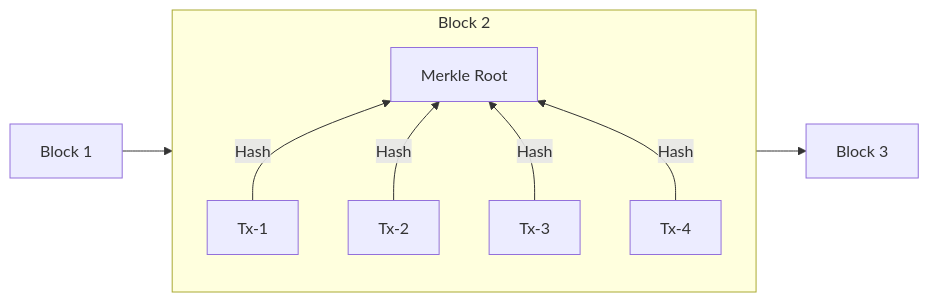
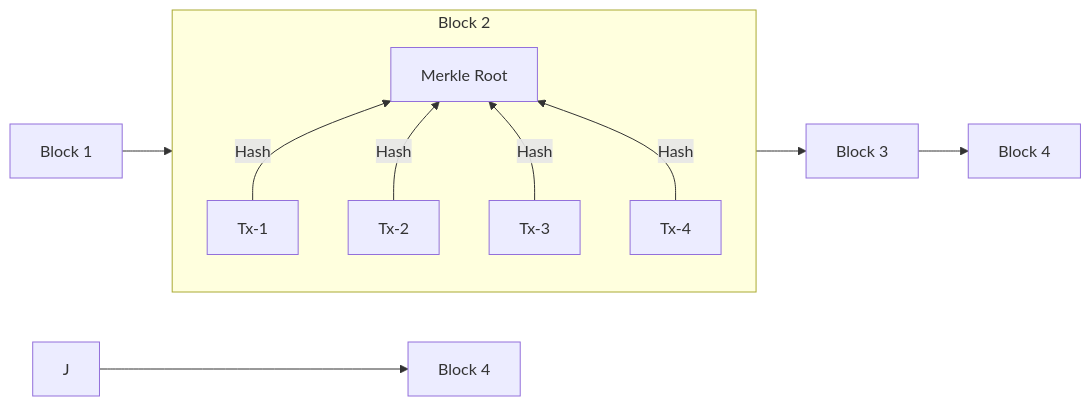
One commit to abhi3700/cracking_codes_with_rust changed the first of 5 diagrams in src/merkle.md. Above: the diagram before and after it, drawn with Mermaid. The commit also changed other lines of this file, not shown here.

````diff
--- a/src/merkle.md
+++ b/src/merkle.md
@@ -7,13 +7,15 @@
 ```mermaid
 flowchart LR
     A[Block 1] --> B[Block 2]
     B --> C[Block 3]
+    C --> I[Block 4]
+    J --> K[Block 4]
 
     subgraph B[Block 2]
         direction BT
         D[Tx-1] -->|Hash| E[Merkle Root]
         F[Tx-2] -->|Hash| E
         G[Tx-3] -->|Hash| E
         H[Tx-4] -->|Hash| E
     end
 ```
````
